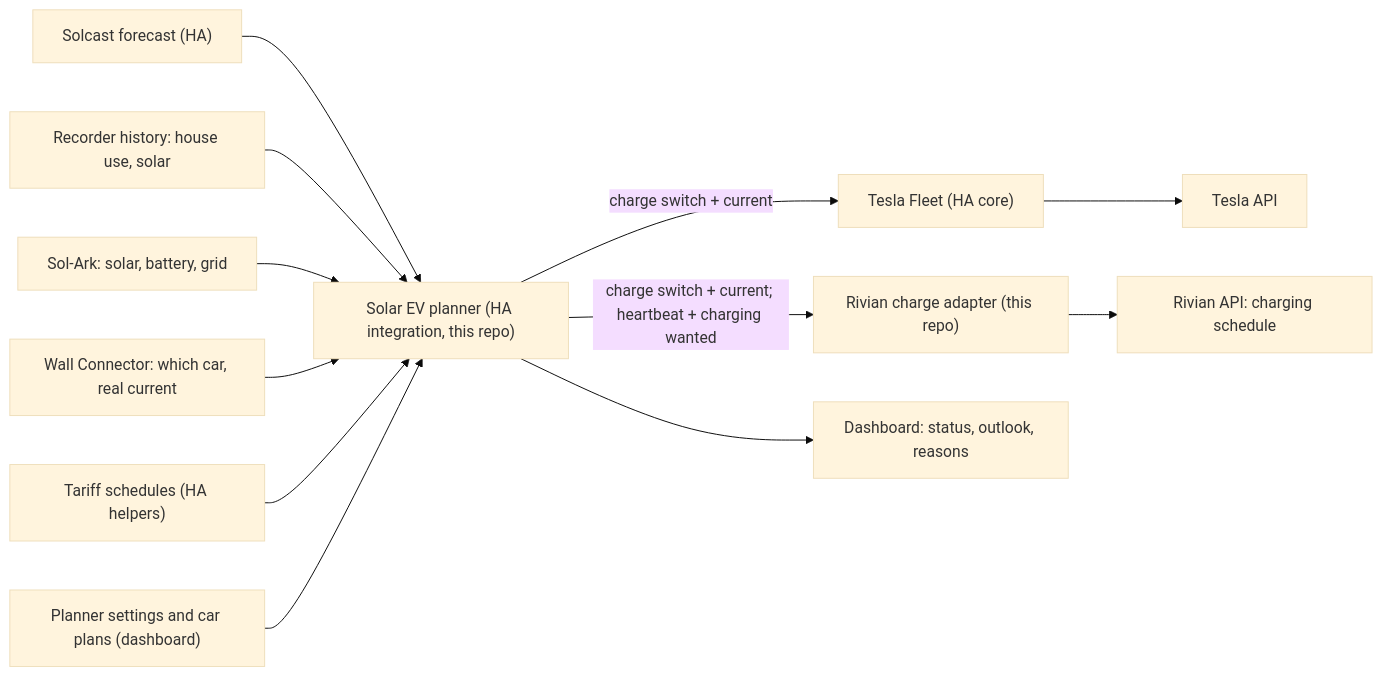
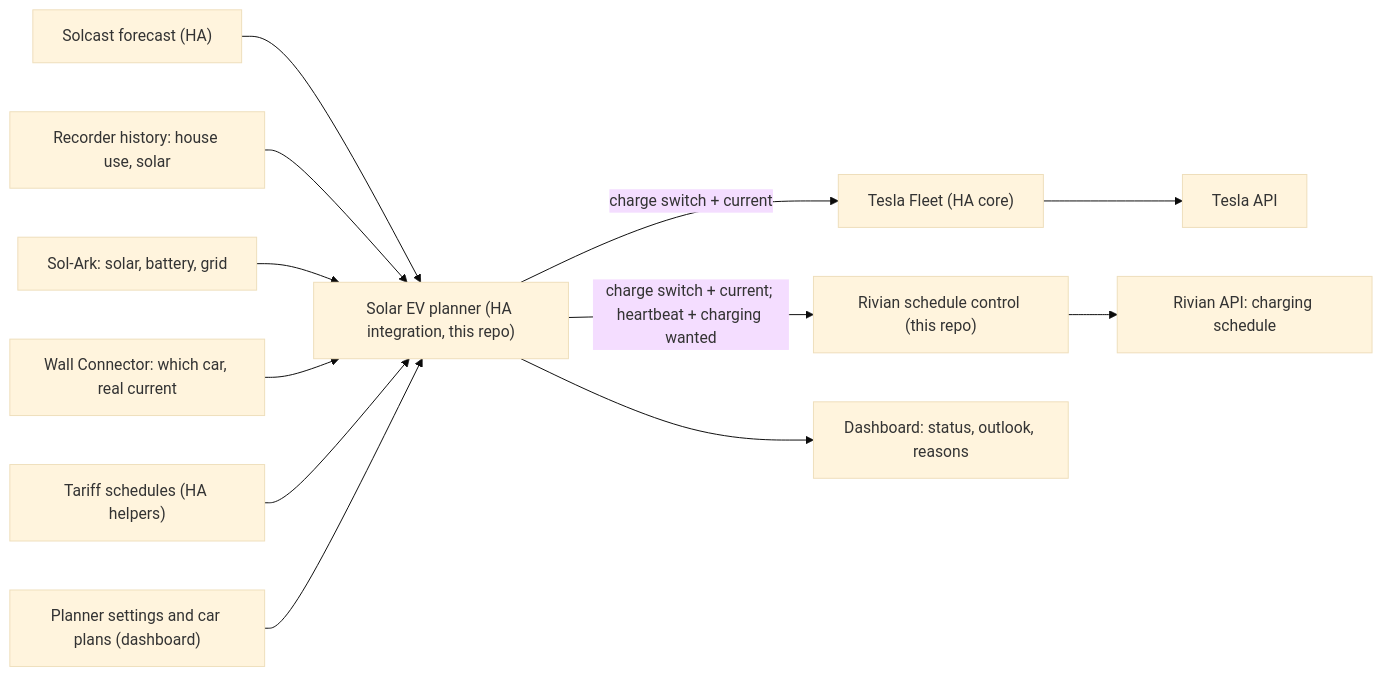
The diagram in docs/PLAN.md (bballdavis/SolarSage), drawn with Mermaid (base theme) before and after one commit. The commit also changed other lines of this file and 48 other files, not shown here.

First line of the commit message:
Rename the Rivian charge adapter to Rivian schedule control

````diff
--- a/docs/PLAN.md
+++ b/docs/PLAN.md
@@ -47,14 +47,14 @@
 ```mermaid
 flowchart LR
   Solcast["Solcast forecast (HA)"] --> Planner
   History["Recorder history: house use, solar"] --> Planner
   SolArk["Sol-Ark: solar, battery, grid"] --> Planner
   TWC["Wall Connector: which car, real current"] --> Planner
   Tariff["Tariff schedules (HA helpers)"] --> Planner
   Settings["Planner settings and car plans (dashboard)"] --> Planner
   Planner["Solar EV planner (HA integration, this repo)"] -->|"charge switch + current"| TeslaFleet["Tesla Fleet (HA core)"]
-  Planner -->|"charge switch + current; heartbeat + charging wanted"| Adapter["Rivian charge adapter (this repo)"]
+  Planner -->|"charge switch + current; heartbeat + charging wanted"| Adapter["Rivian schedule control (this repo)"]
   TeslaFleet --> Tesla["Tesla API"]
   Adapter --> Rivian["Rivian API: charging schedule"]
   Planner --> Dashboard["Dashboard: status, outlook, reasons"]
 ```
````
